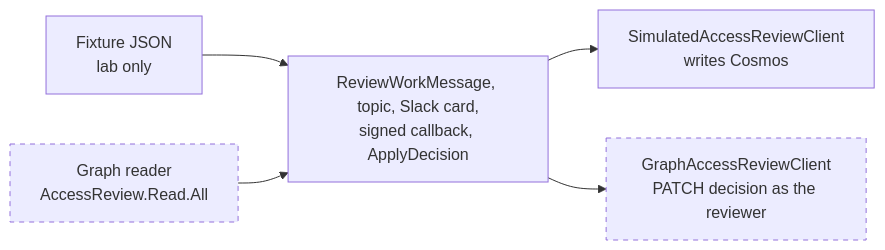
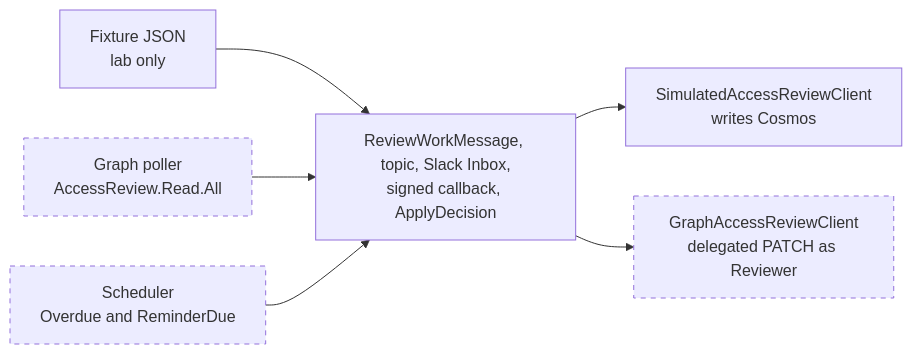
One commit to broberts23/vsCode changed the fourth of 4 diagrams in project-access-reviews-autopilot/docs/blog.md. Above: the diagram before and after it, drawn with Mermaid. The commit also changed other lines of this file and 4 other files, not shown here.

````diff
--- a/project-access-reviews-autopilot/docs/blog.md
+++ b/project-access-reviews-autopilot/docs/blog.md
@@ -292,8 +302,9 @@
 ```mermaid
 flowchart LR
     fx["Fixture JSON<br/>lab only"] --> core
-    poll["Graph reader<br/>AccessReview.Read.All"]:::real --> core
-    core["ReviewWorkMessage, topic, Slack card,<br/>signed callback, ApplyDecision"] --> sim["SimulatedAccessReviewClient<br/>writes Cosmos"]
-    core --> gr["GraphAccessReviewClient<br/>PATCH decision as the reviewer"]:::real
+    poll["Graph poller<br/>AccessReview.Read.All"]:::real --> core
+    sched["Scheduler<br/>Overdue and ReminderDue"]:::real --> core
+    core["ReviewWorkMessage, topic, Slack Inbox,<br/>signed callback, ApplyDecision"] --> sim["SimulatedAccessReviewClient<br/>writes Cosmos"]
+    core --> gr["GraphAccessReviewClient<br/>delegated PATCH as Reviewer"]:::real
     classDef real stroke-dasharray: 5 5
 ```
````
